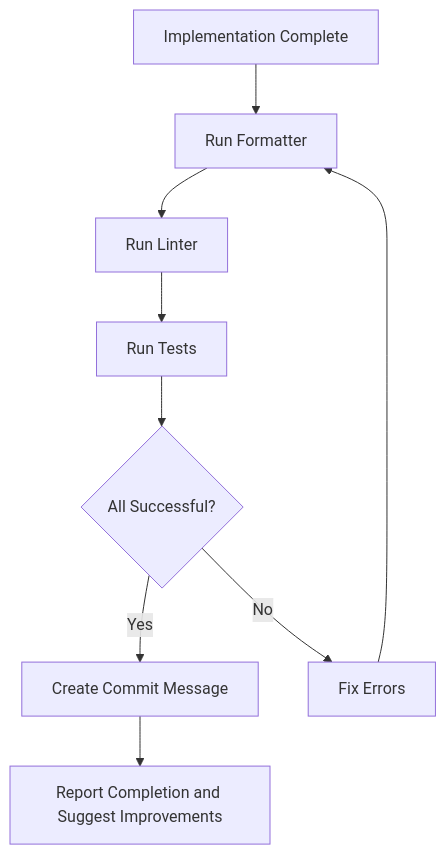
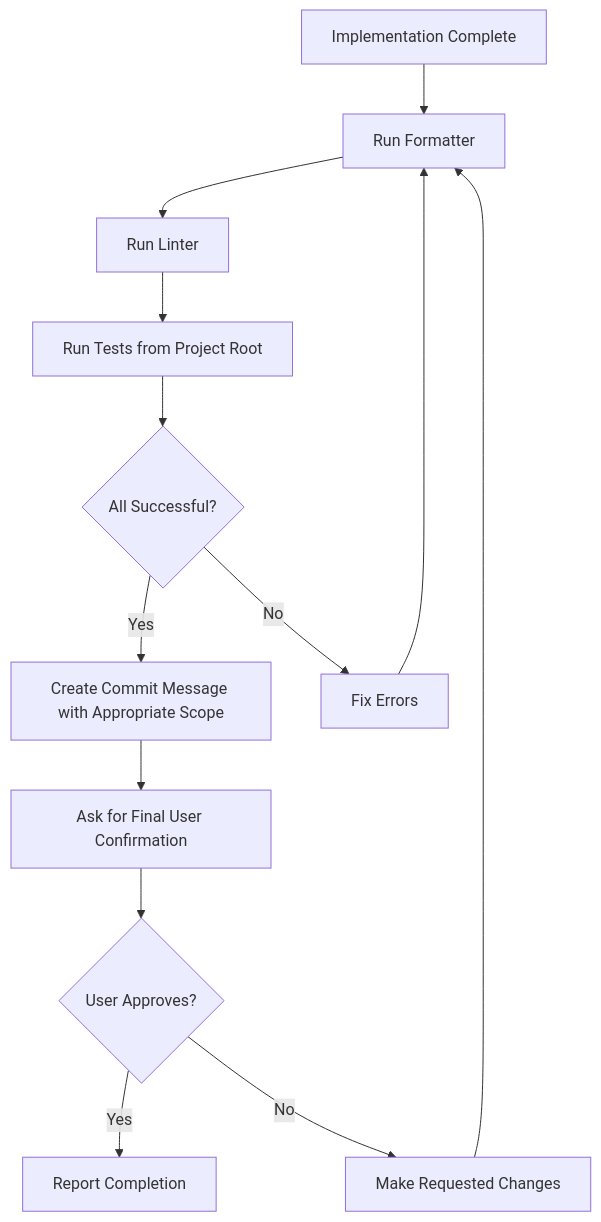
The third of 3 diagrams in memory-bank/techContext.md (likr/egraph-rs), drawn with Mermaid before and after one commit. The commit also changed other lines of this file and 2 other files, not shown here.

First line of the commit message:
docs: update project workflow guidelines

````diff
--- a/memory-bank/techContext.md
+++ b/memory-bank/techContext.md
@@ -303,11 +341,15 @@
 ```mermaid
 flowchart TD
     A[Implementation Complete] --> B[Run Formatter]
     B --> C[Run Linter]
-    C --> D[Run Tests]
+    C --> D[Run Tests from Project Root]
     D --> E{All Successful?}
-    E -->|Yes| F[Create Commit Message]
+    E -->|Yes| F[Create Commit Message with Appropriate Scope]
     E -->|No| G[Fix Errors]
     G --> B
-    F --> H[Report Completion and Suggest Improvements]
+    F --> I[Ask for Final User Confirmation]
+    I --> J{User Approves?}
+    J -->|Yes| H[Report Completion]
+    J -->|No| K[Make Requested Changes]
+    K --> B
 ```
````
